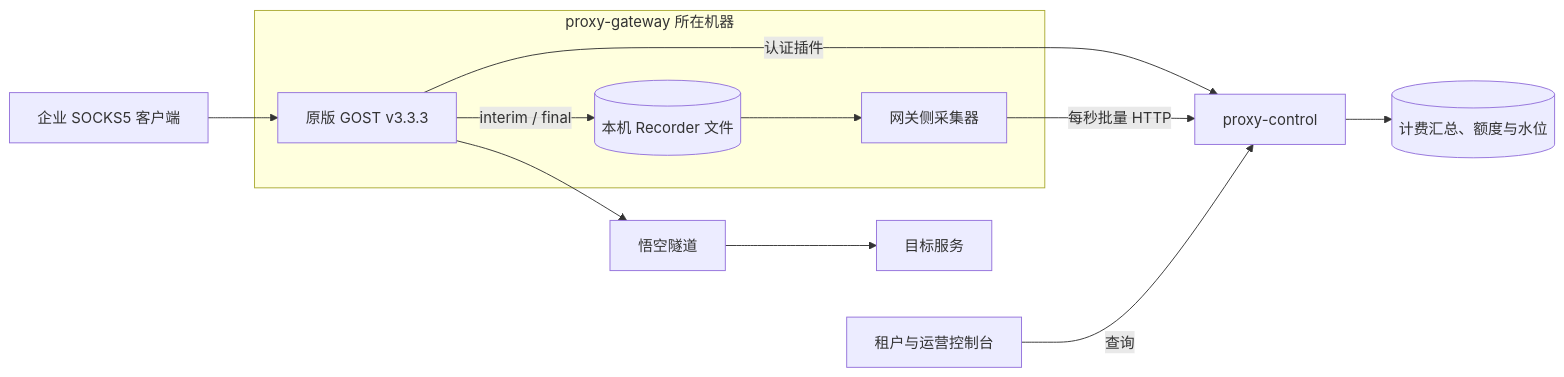
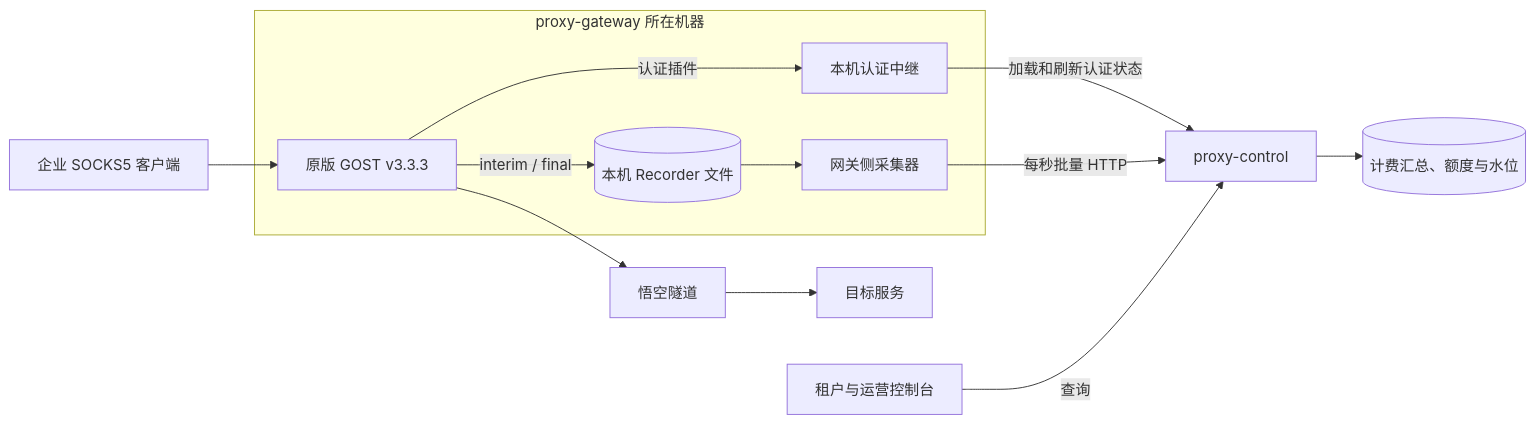
One commit to DuanJinTaoToday/proxy changed the diagram in docs/features/proxy-phase-one/proxy-phase-one-architecture.md. Above: the diagram before and after it, drawn with Mermaid. The commit also changed 165 other files, not shown here.

````diff
--- a/docs/features/proxy-phase-one/proxy-phase-one-architecture.md
+++ b/docs/features/proxy-phase-one/proxy-phase-one-architecture.md
@@ -7,13 +7,14 @@
 ```mermaid
 flowchart LR
     Client[企业 SOCKS5 客户端] --> GOST
     GOST --> Wukong[悟空隧道] --> Target[目标服务]
-    GOST -->|认证插件| Control[proxy-control]
     subgraph Gateway[proxy-gateway 所在机器]
+        GOST -->|认证插件| Relay[本机认证中继]
         GOST[原版 GOST v3.3.3] -->|interim / final| Files[(本机 Recorder 文件)]
         Files --> Collector[网关侧采集器]
     end
+    Relay -->|加载和刷新认证状态| Control[proxy-control]
     Collector -->|每秒批量 HTTP| Control
     Control --> Store[(计费汇总、额度与水位)]
     Console[租户与运营控制台] -->|查询| Control
 ```
````
